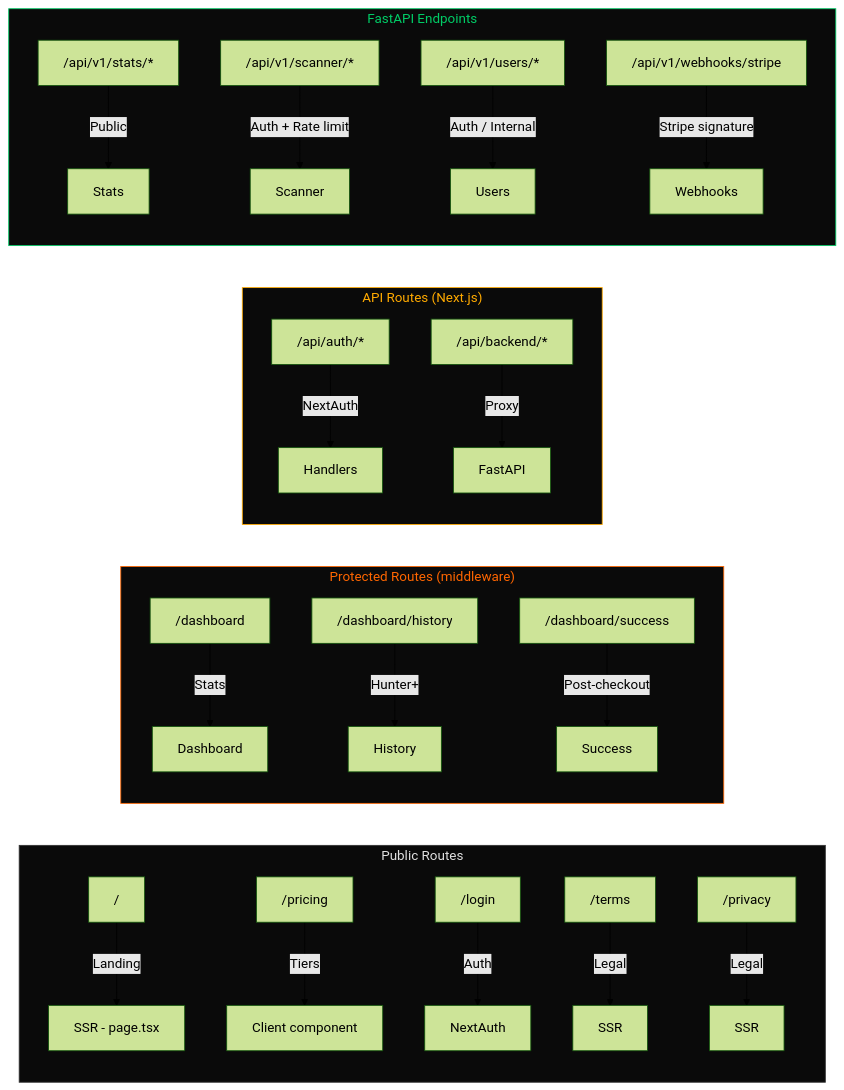
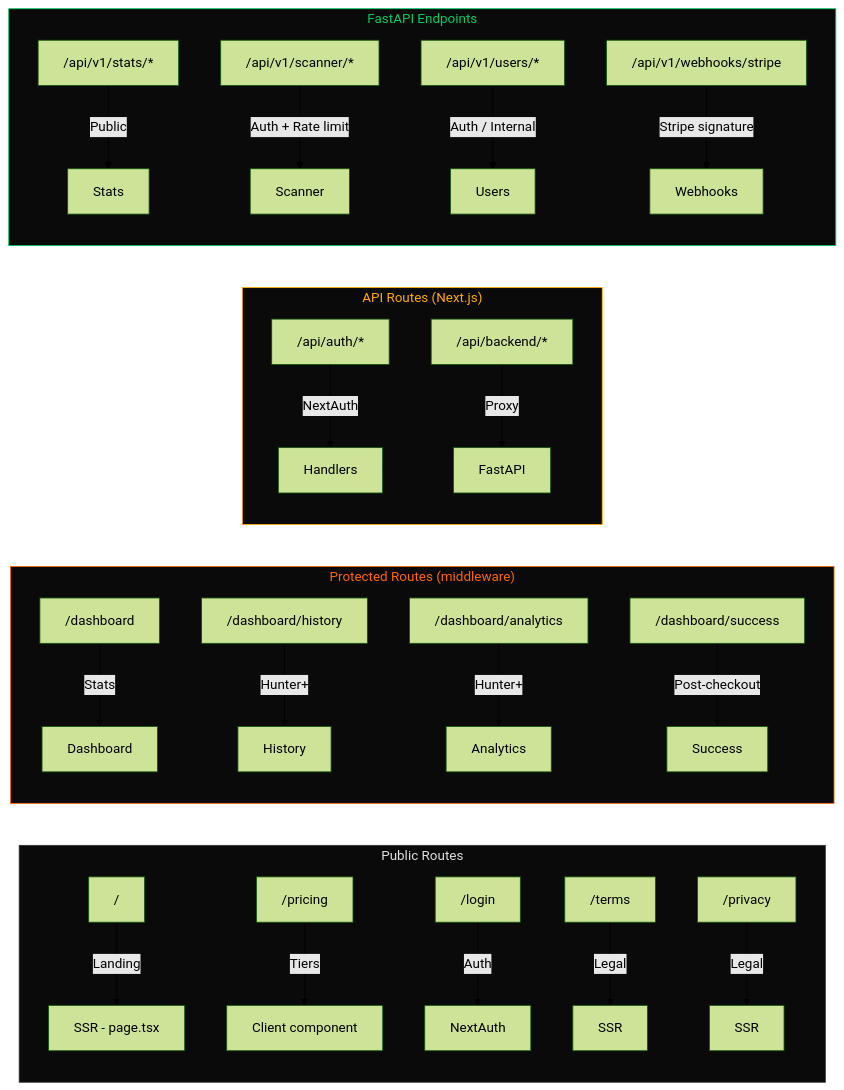
The seventh of 10 diagrams in docs/ARCHITECTURE.md (nabz0r/deadinternet.report), drawn with Mermaid (forest theme) before and after one commit. The commit also changed other lines of this file and 3 other files, not shown here.

````diff
--- a/docs/ARCHITECTURE.md
+++ b/docs/ARCHITECTURE.md
@@ -252,33 +329,34 @@
 ```mermaid
 graph LR
     subgraph Public["Public Routes"]
         LP["/"] -->|Landing| SSR["SSR - page.tsx"]
         PR["/pricing"] -->|Tiers| Client["Client component"]
         LG["/login"] -->|Auth| NextAuth
         TOS["/terms"] -->|Legal| SSR2["SSR"]
         PIV["/privacy"] -->|Legal| SSR3["SSR"]
     end
 
     subgraph Protected["Protected Routes (middleware)"]
         DB["/dashboard"] -->|Stats| Dashboard
         HI["/dashboard/history"] -->|Hunter+| History
+        AN["/dashboard/analytics"] -->|Hunter+| Analytics
         SU["/dashboard/success"] -->|Post-checkout| Success
     end
 
     subgraph API["API Routes (Next.js)"]
         AUTH["/api/auth/*"] -->|NextAuth| Handlers
         BK["/api/backend/*"] -->|Proxy| FastAPI
     end
 
     subgraph Backend["FastAPI Endpoints"]
         ST["/api/v1/stats/*"] -->|Public| Stats
         SC["/api/v1/scanner/*"] -->|Auth + Rate limit| Scanner
         US["/api/v1/users/*"] -->|Auth / Internal| Users
         WH["/api/v1/webhooks/stripe"] -->|Stripe signature| Webhooks
     end
 
     style Public fill:#0a0a0a,color:#e0e0e0,stroke:#333
     style Protected fill:#0a0a0a,color:#ff6600,stroke:#ff6600
     style API fill:#0a0a0a,color:#ffaa00,stroke:#ffaa00
     style Backend fill:#0a0a0a,color:#00cc66,stroke:#00cc66
 ```
````
